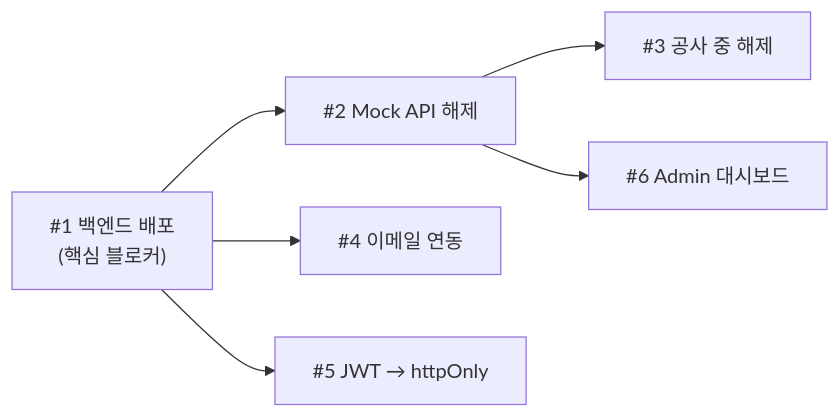
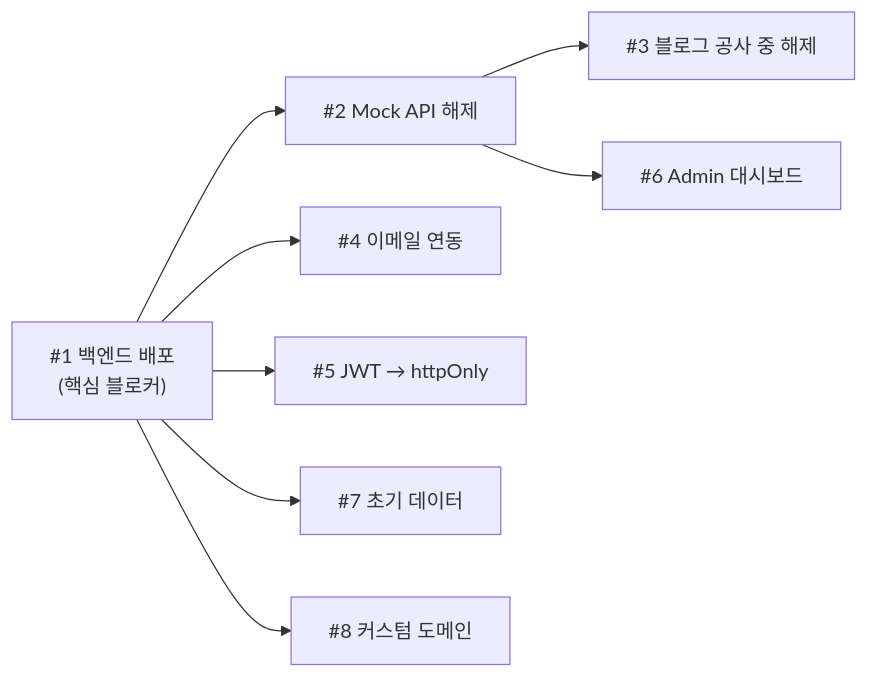
The second of 2 diagrams in README.md (researcherhojin/emelmujiro), drawn with Mermaid before and after one commit. The commit also changed other lines of this file and 1 other file, not shown here.

````diff
--- a/README.md
+++ b/README.md
@@ -228,8 +228,10 @@
 ```mermaid
 graph LR
     D["#1 백엔드 배포<br/>(핵심 블로커)"] --> M["#2 Mock API 해제"]
     D --> E["#4 이메일 연동"]
     D --> S["#5 JWT → httpOnly"]
-    M --> U["#3 공사 중 해제"]
+    D --> F["#7 초기 데이터"]
+    D --> C["#8 커스텀 도메인"]
+    M --> U["#3 블로그 공사 중 해제"]
     M --> A["#6 Admin 대시보드"]
 ```
````
